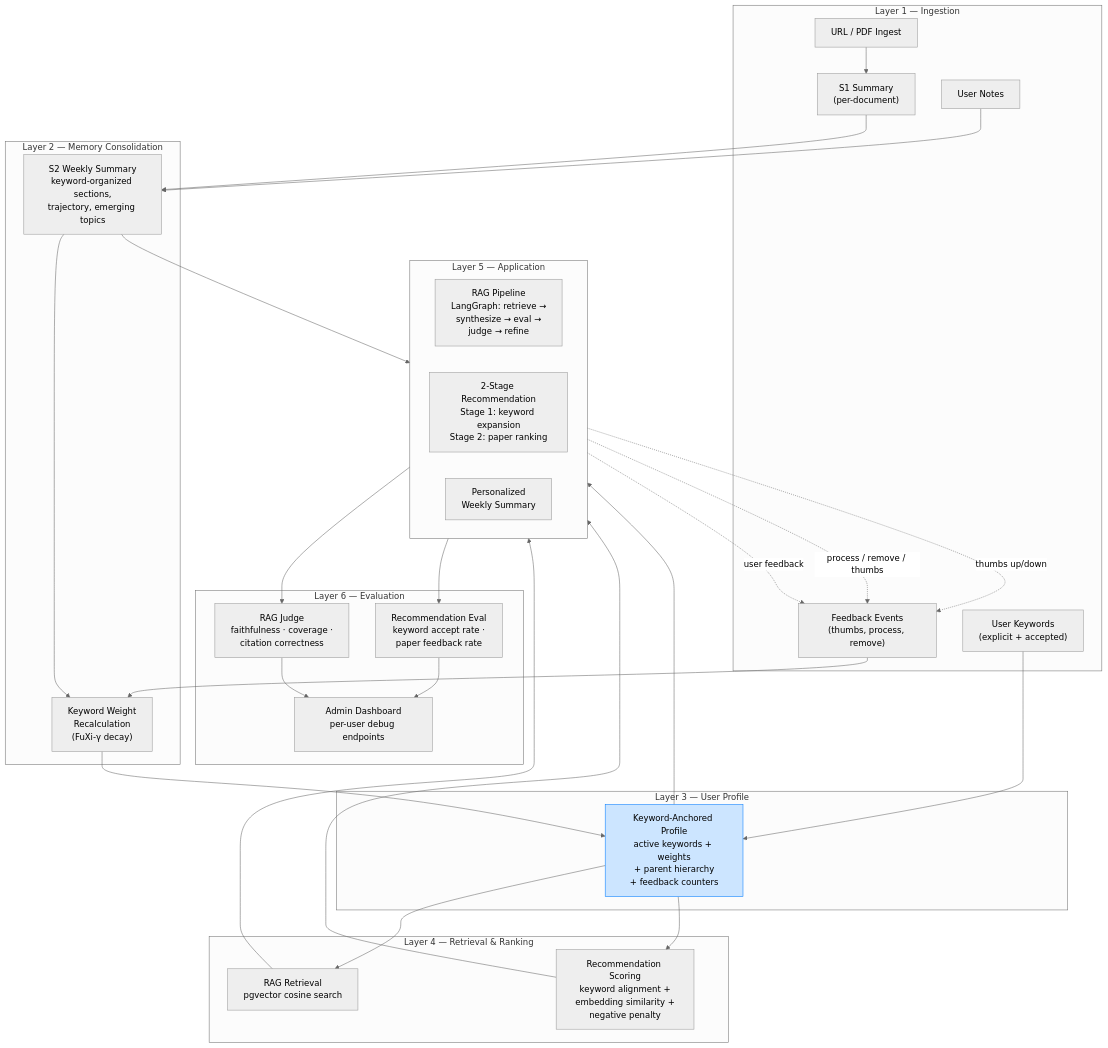
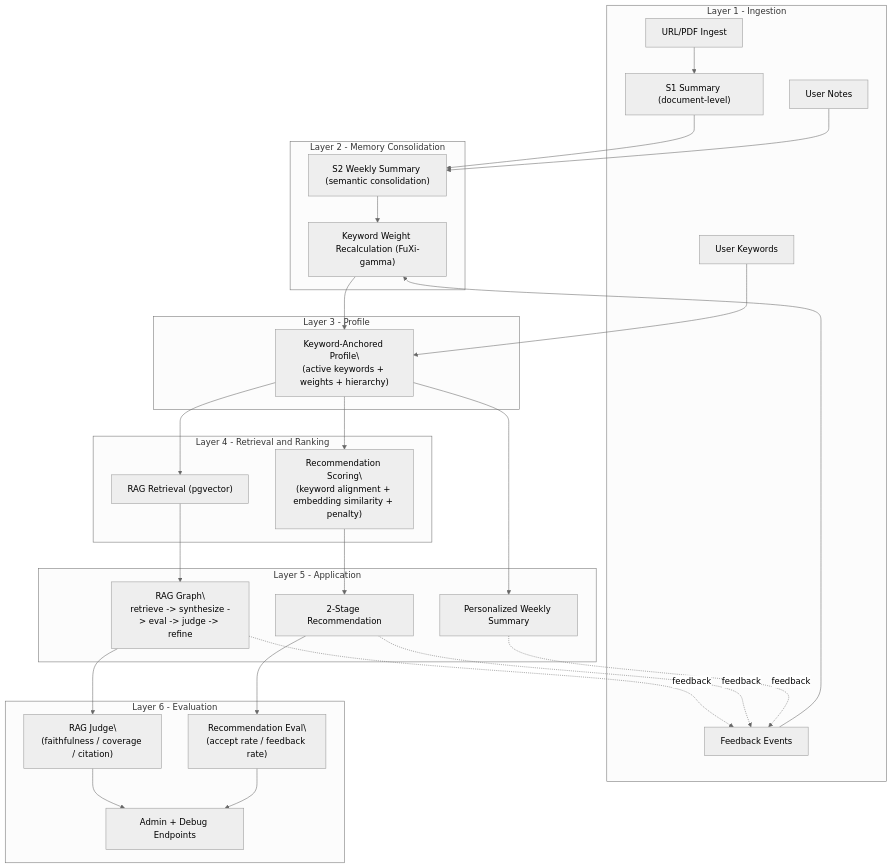
Before and after one commit to tek302/MyLearningAssistant: the diagram in README.md, drawn with Mermaid (neutral theme). The commit also changed other lines of this file and 11 other files, not shown here.

Commit message:
Paper recommendation logic updated. Readme updated

````diff
--- a/README.md
+++ b/README.md
@@ -19,68 +36,49 @@
 ```mermaid
 flowchart TB
-    subgraph L1["Layer 1 — Ingestion"]
-        ING["URL / PDF Ingest"]
-        S1["S1 Summary\n(per-document)"]
-        NOTES["User Notes"]
-        FB["Feedback Events\n(thumbs, process, remove)"]
-        KW["User Keywords\n(explicit + accepted)"]
-    end
+  subgraph L1["Layer 1 - Ingestion"]
+    ING["URL/PDF Ingest"]
+    S1["S1 Summary (document-level)"]
+    NOTES["User Notes"]
+    FB["Feedback Events"]
+    KW["User Keywords"]
+  end
 
-    subgraph L2["Layer 2 — Memory Consolidation"]
-        S2["S2 Weekly Summary\nkeyword-organized sections,\ntrajectory, emerging topics"]
-        DECAY["Keyword Weight\nRecalculation\n(FuXi-γ decay)"]
-    end
+  subgraph L2["Layer 2 - Memory Consolidation"]
+    S2["S2 Weekly Summary (semantic consolidation)"]
+    DECAY["Keyword Weight Recalculation (FuXi-gamma)"]
+  end
 
-    subgraph L3["Layer 3 — User Profile"]
-        PROFILE["Keyword-Anchored Profile\nactive keywords + weights\n+ parent hierarchy\n+ feedback counters"]
-    end
+  subgraph L3["Layer 3 - Profile"]
+    PROFILE["Keyword-Anchored Profile\\n(active keywords + weights + hierarchy)"]
+  end
 
-    subgraph L4["Layer 4 — Retrieval & Ranking"]
-        RAG_R["RAG Retrieval\npgvector cosine search"]
-        REC_R["Recommendation Scoring\nkeyword alignment +\nembedding similarity +\nnegative penalty"]
-    end
+  subgraph L4["Layer 4 - Retrieval and Ranking"]
+    RAG_R["RAG Retrieval (pgvector)"]
+    REC_R["Recommendation Scoring\\n(keyword alignment + embedding similarity + penalty)"]
+  end
 
-    subgraph L5["Layer 5 — Application"]
-        direction LR
-        RAG_APP["RAG Pipeline\nLangGraph: retrieve →\nsynthesize → eval →\njudge → refine"]
-        REC_APP["2-Stage Recommendation\nStage 1: keyword expansion\nStage 2: paper ranking"]
-        S2_APP["Personalized\nWeekly Summary"]
-    end
+  subgraph L5["Layer 5 - Application"]
+    RAG_APP["RAG Graph\\nretrieve -> synthesize -> eval -> judge -> refine"]
+    REC_APP["2-Stage Recommendation"]
+    S2_APP["Personalized Weekly Summary"]
+  end
 
-    subgraph L6["Layer 6 — Evaluation"]
-        RAG_JUDGE["RAG Judge\nfaithfulness · coverage ·\ncitation correctness"]
-        REC_EVAL["Recommendation Eval\nkeyword accept rate ·\npaper feedback rate"]
-        ADMIN["Admin Dashboard\nper-user debug endpoints"]
-    end
+  subgraph L6["Layer 6 - Evaluation"]
+    RAG_J["RAG Judge\\n(faithfulness / coverage / citation)"]
+    REC_E["Recommendation Eval\\n(accept rate / feedback rate)"]
+    ADMIN["Admin + Debug Endpoints"]
+  end
 
-    ING --> S1
-    S1 --> S2
-    NOTES --> S2
-    FB --> DECAY
-    KW --> PROFILE
-    S2 --> DECAY
-    DECAY --> PROFILE
+  ING --> S1 --> S2 --> DECAY --> PROFILE
+  NOTES --> S2
+  FB --> DECAY
+  KW --> PROFILE
 
-    PROFILE --> RAG_R
-    PROFILE --> REC_R
+  PROFILE --> RAG_R --> RAG_APP --> RAG_J --> ADMIN
+  PROFILE --> REC_R --> REC_APP --> REC_E --> ADMIN
+  PROFILE --> S2_APP
 
-    RAG_R --> RAG_APP
-    REC_R --> REC_APP
-    S2 --> S2_APP
-    PROFILE --> S2_APP
-
-    RAG_APP --> RAG_JUDGE
-    REC_APP --> REC_EVAL
-    RAG_JUDGE --> ADMIN
-    REC_EVAL --> ADMIN
-
-    RAG_APP -.->|user feedback| FB
-    REC_APP -.->|process / remove / thumbs| FB
-    S2_APP -.->|thumbs up/down| FB
-
-    classDef layerStyle fill:#f8f9fa,stroke:#dee2e6
-    classDef profileStyle fill:#cce5ff,stroke:#007bff,color:#000
-    classDef feedbackStyle stroke-dasharray: 5 5
-
-    class PROFILE profileStyle
+  RAG_APP -. feedback .-> FB
+  REC_APP -. feedback .-> FB
+  S2_APP -. feedback .-> FB
 ```
````
